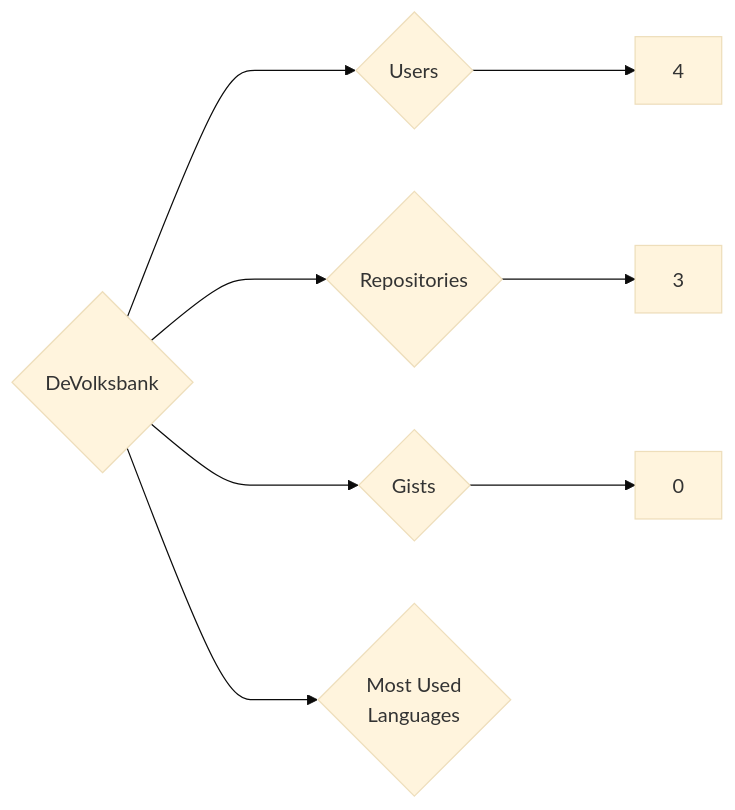
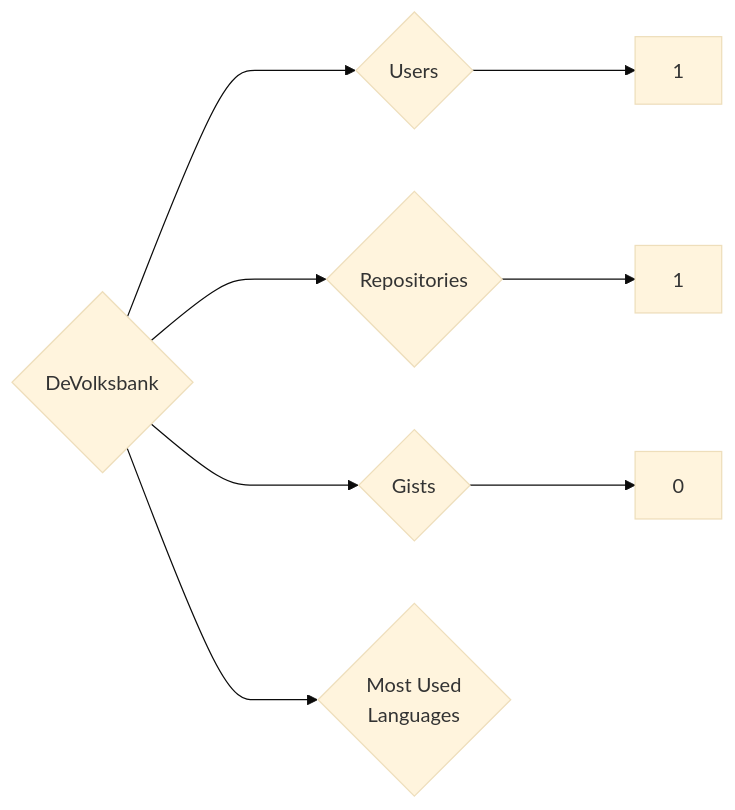
Before and after one commit to trickest/insiders: the diagram in targets/DeVolksbank/README.md, drawn with Mermaid (base theme). The commit also changed 860 other files, not shown here.

````diff
--- a/targets/DeVolksbank/README.md
+++ b/targets/DeVolksbank/README.md
@@ -3,8 +3,8 @@
 ```mermaid
 graph LR
 COMPANY_NAME{DeVolksbank}
-COMPANY_NAME ---> U{Users} ---> UN[4]
-COMPANY_NAME ---> R{Repositories} ---> RN[3]
+COMPANY_NAME ---> U{Users} ---> UN[1]
+COMPANY_NAME ---> R{Repositories} ---> RN[1]
 COMPANY_NAME ---> G{Gists} ---> GN[0]
 COMPANY_NAME ---> ML{Most Used<br>Languages}
 ```
````
